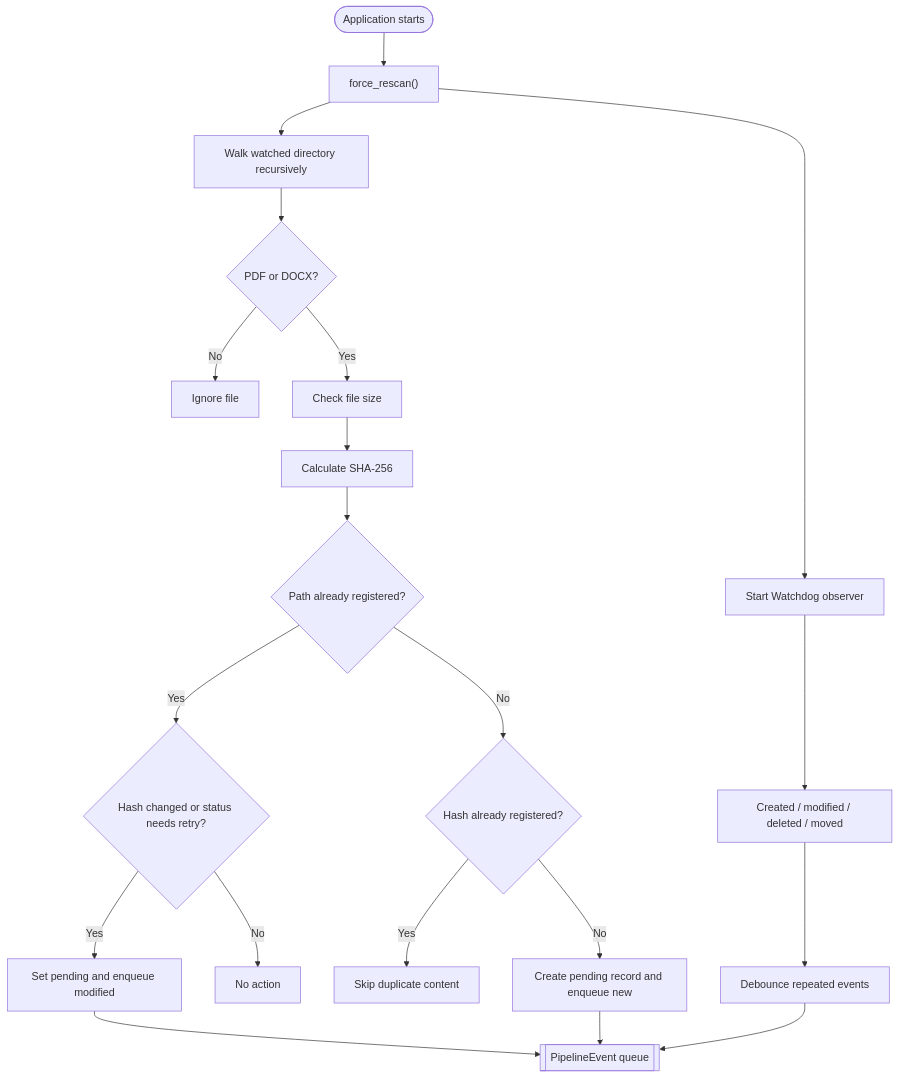
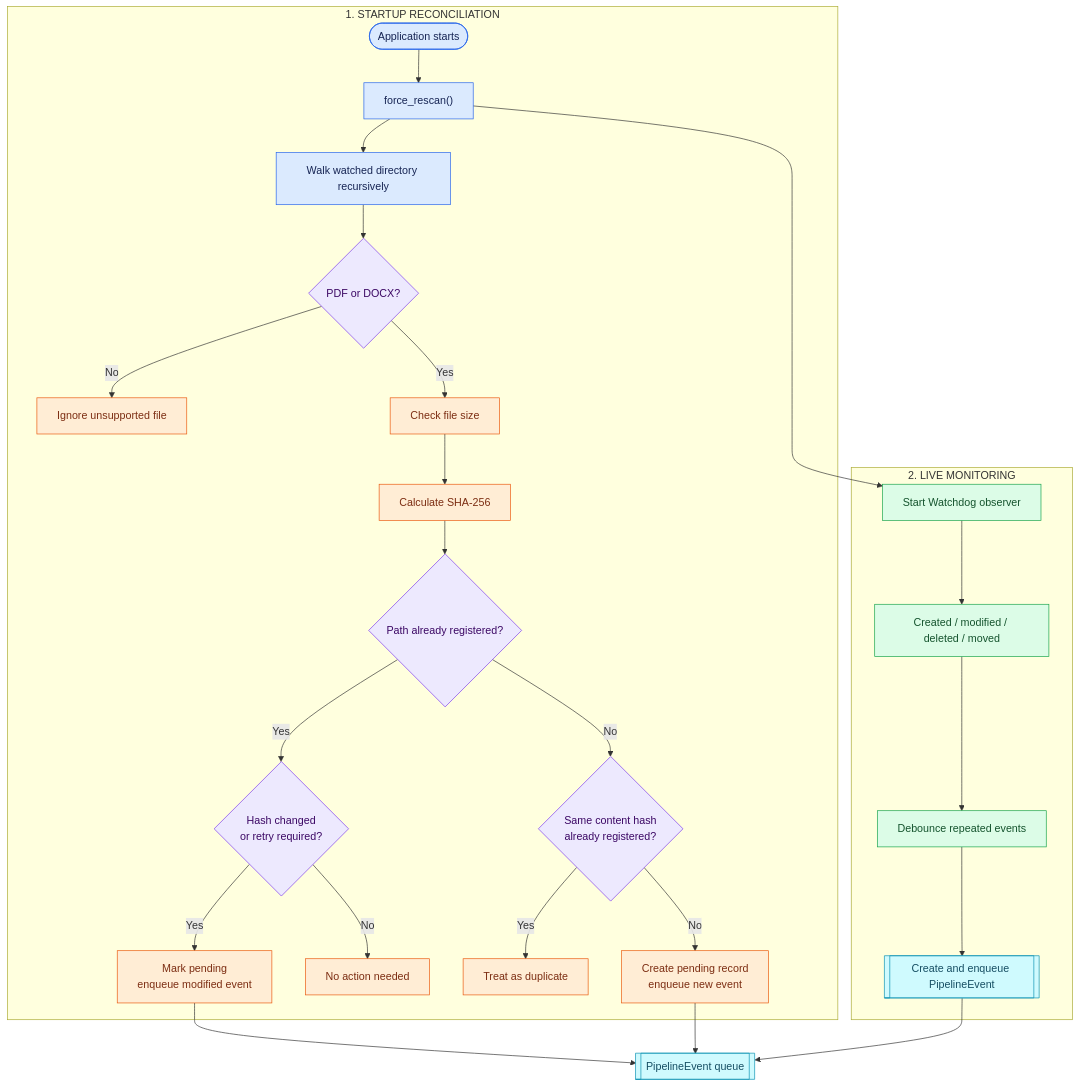
The fourth of 15 diagrams in README.md (pratik-0302/job_description_agent), drawn with Mermaid before and after one commit. The commit also changed other lines of this file, not shown here.

Commit message:
docs: standardize README diagrams with staged architecture flows

````diff
--- a/README.md
+++ b/README.md
@@ -274,22 +332,40 @@
 ```mermaid
-flowchart TD
-    START(["Application starts"]) --> SCAN["force_rescan()"]
-    SCAN --> WALK["Walk watched directory recursively"]
-    WALK --> EXT{"PDF or DOCX?"}
-    EXT -->|No| SKIP["Ignore file"]
-    EXT -->|Yes| SIZE["Check file size"]
-    SIZE --> HASH["Calculate SHA-256"]
-    HASH --> PATH{"Path already registered?"}
-    PATH -->|Yes| CHANGED{"Hash changed or status needs retry?"}
-    CHANGED -->|Yes| MOD["Set pending and enqueue modified"]
-    CHANGED -->|No| DONE["No action"]
-    PATH -->|No| DUP{"Hash already registered?"}
-    DUP -->|Yes| SKIPD["Skip duplicate content"]
-    DUP -->|No| NEW["Create pending record and enqueue new"]
-    MOD --> QUEUE[["PipelineEvent queue"]]
-    NEW --> QUEUE
-    SCAN --> WATCH["Start Watchdog observer"]
-    WATCH --> EVENTS["Created / modified / deleted / moved"]
-    EVENTS --> DEBOUNCE["Debounce repeated events"]
-    DEBOUNCE --> QUEUE
+flowchart TB
+    subgraph STARTUP["1. STARTUP RECONCILIATION"]
+        START(["Application starts"]) --> SCAN["force_rescan()"]
+        SCAN --> WALK["Walk watched directory recursively"]
+        WALK --> EXT{"PDF or DOCX?"}
+        EXT -->|No| SKIP["Ignore unsupported file"]
+        EXT -->|Yes| SIZE["Check file size"]
+        SIZE --> HASH["Calculate SHA-256"]
+        HASH --> PATH{"Path already registered?"}
+        PATH -->|Yes| CHANGED{"Hash changed<br/>or retry required?"}
+        CHANGED -->|Yes| MOD["Mark pending<br/>enqueue modified event"]
+        CHANGED -->|No| SAME["No action needed"]
+        PATH -->|No| DUP{"Same content hash<br/>already registered?"}
+        DUP -->|Yes| DUPLICATE["Treat as duplicate"]
+        DUP -->|No| NEW["Create pending record<br/>enqueue new event"]
+    end
+
+    subgraph LIVE["2. LIVE MONITORING"]
+        SCAN --> WATCH["Start Watchdog observer"]
+        WATCH --> EVENTS["Created / modified / deleted / moved"]
+        EVENTS --> DEBOUNCE["Debounce repeated events"]
+        DEBOUNCE --> LIVEQ[["Create and enqueue PipelineEvent"]]
+    end
+
+    MOD --> Q[["PipelineEvent queue"]]
+    NEW --> Q
+    LIVEQ --> Q
+
+    classDef startup fill:#dbeafe,stroke:#2563eb,color:#172554
+    classDef monitor fill:#dcfce7,stroke:#16a34a,color:#14532d
+    classDef decision fill:#ede9fe,stroke:#7c3aed,color:#3b0764
+    classDef action fill:#ffedd5,stroke:#ea580c,color:#7c2d12
+    classDef queue fill:#cffafe,stroke:#0891b2,color:#164e63
+    class START,SCAN,WALK startup
+    class WATCH,EVENTS,DEBOUNCE monitor
+    class EXT,PATH,CHANGED,DUP decision
+    class SIZE,HASH,MOD,NEW,SKIP,SAME,DUPLICATE action
+    class Q,LIVEQ queue
 ```
````
